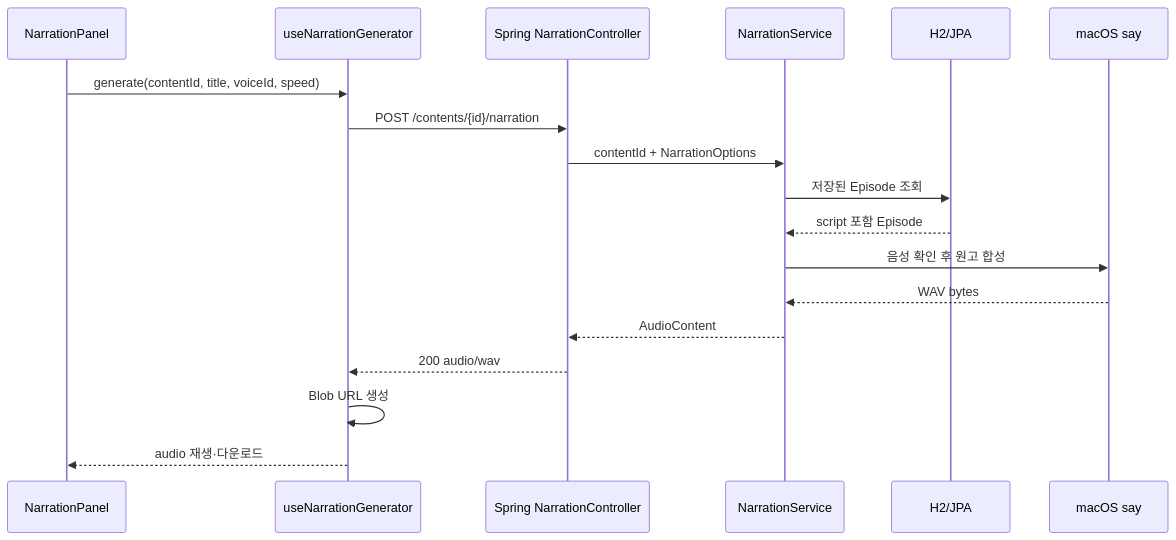
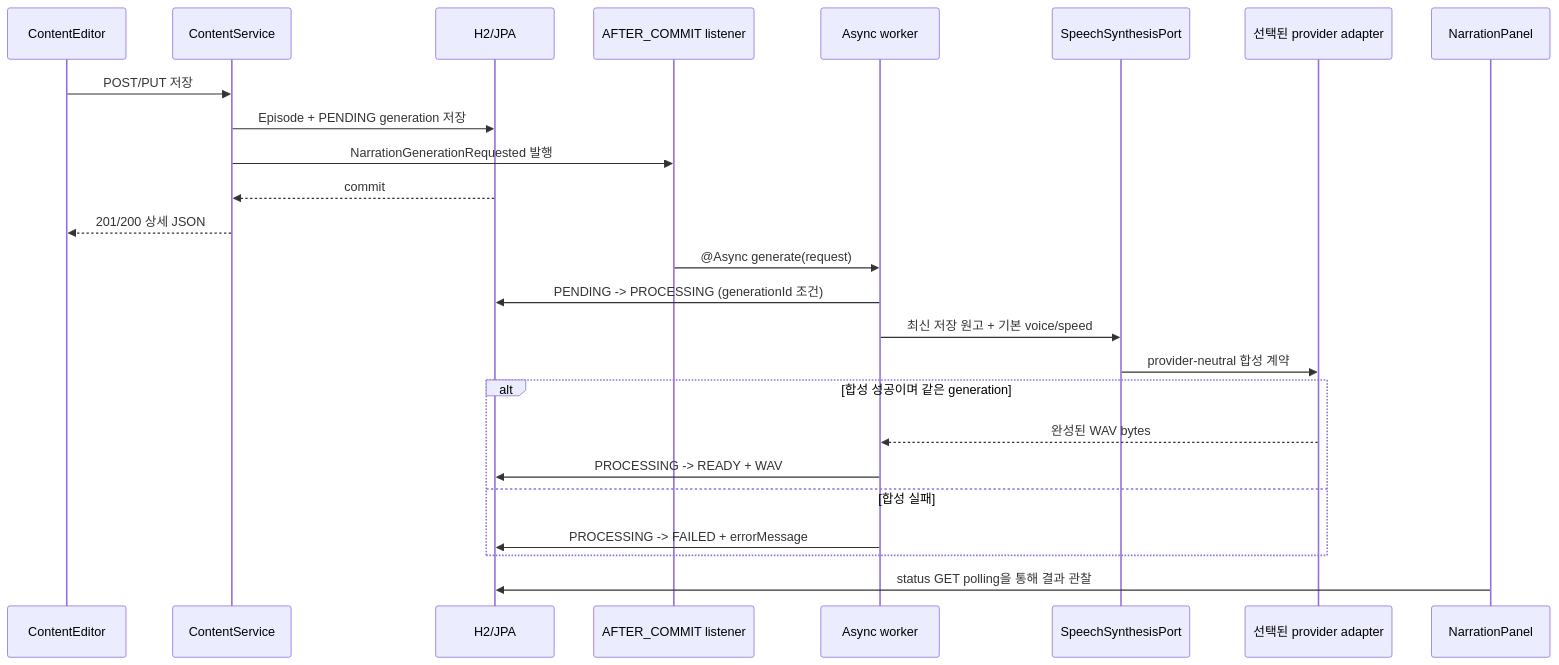
One commit to dbrlwns/spring-react-sleeping-sound changed the fourth of 4 diagrams in FLOW.md. Above: the diagram before and after it, drawn with Mermaid. The commit also changed other lines of this file and 93 other files, not shown here.

````diff
--- a/FLOW.md
+++ b/FLOW.md
@@ -516,21 +622,28 @@
 ```mermaid
 sequenceDiagram
+    participant Editor as ContentEditor
+    participant Content as ContentService
+    participant DB as H2/JPA
+    participant Listener as AFTER_COMMIT listener
+    participant Worker as Async worker
+    participant Port as SpeechSynthesisPort
+    participant Adapter as 선택된 provider adapter
     participant UI as NarrationPanel
-    participant Hook as useNarrationGenerator
-    participant API as Spring NarrationController
-    participant Service as NarrationService
-    participant DB as H2/JPA
-    participant Say as macOS say
 
-    UI->>Hook: generate(contentId, title, voiceId, speed)
-    Hook->>API: POST /contents/{id}/narration
-    API->>Service: contentId + NarrationOptions
-    Service->>DB: 저장된 Episode 조회
-    DB-->>Service: script 포함 Episode
-    Service->>Say: 음성 확인 후 원고 합성
-    Say-->>Service: WAV bytes
-    Service-->>API: AudioContent
-    API-->>Hook: 200 audio/wav
-    Hook->>Hook: Blob URL 생성
-    Hook-->>UI: audio 재생·다운로드
+    Editor->>Content: POST/PUT 저장
+    Content->>DB: Episode + PENDING generation 저장
+    Content->>Listener: NarrationGenerationRequested 발행
+    DB-->>Content: commit
+    Content-->>Editor: 201/200 상세 JSON
+    Listener->>Worker: @Async generate(request)
+    Worker->>DB: PENDING -> PROCESSING (generationId 조건)
+    Worker->>Port: 최신 저장 원고 + 기본 voice/speed
+    Port->>Adapter: provider-neutral 합성 계약
+    alt 합성 성공이며 같은 generation
+        Adapter-->>Worker: 완성된 WAV bytes
+        Worker->>DB: PROCESSING -> READY + WAV
+    else 합성 실패
+        Worker->>DB: PROCESSING -> FAILED + errorMessage
+    end
+    UI->>DB: status GET polling을 통해 결과 관찰
 ```
````
